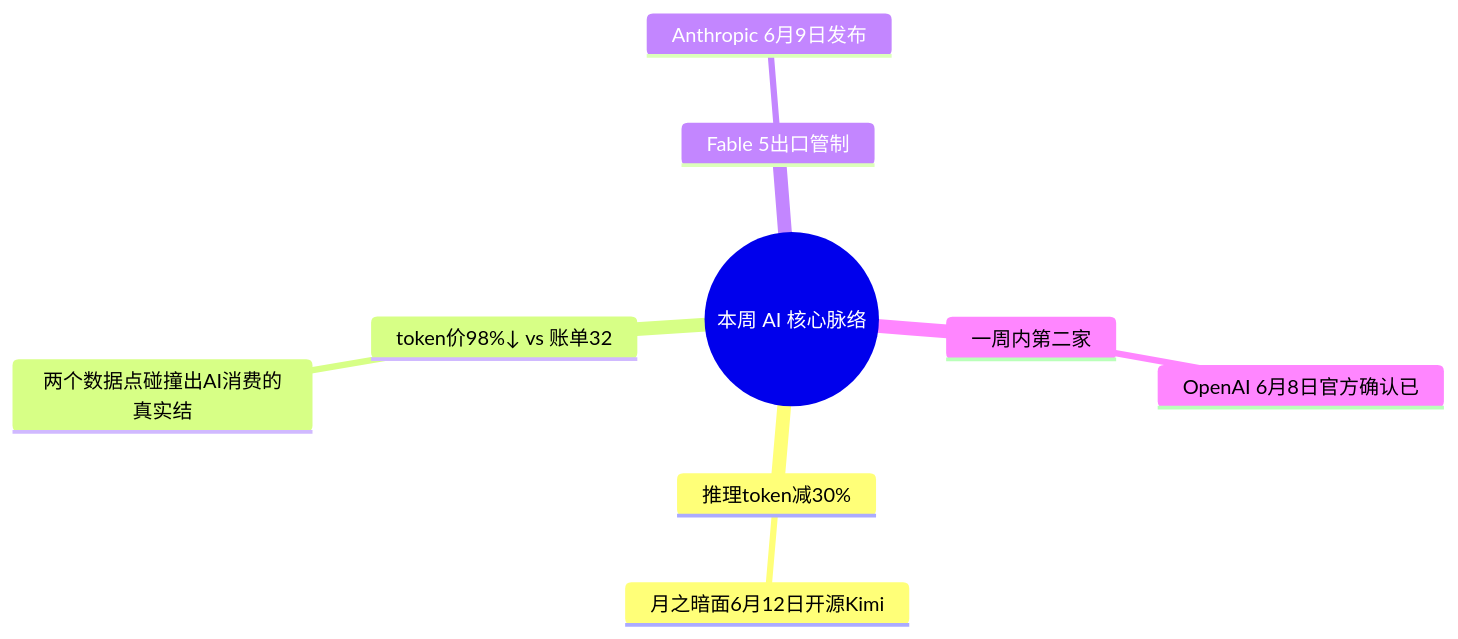
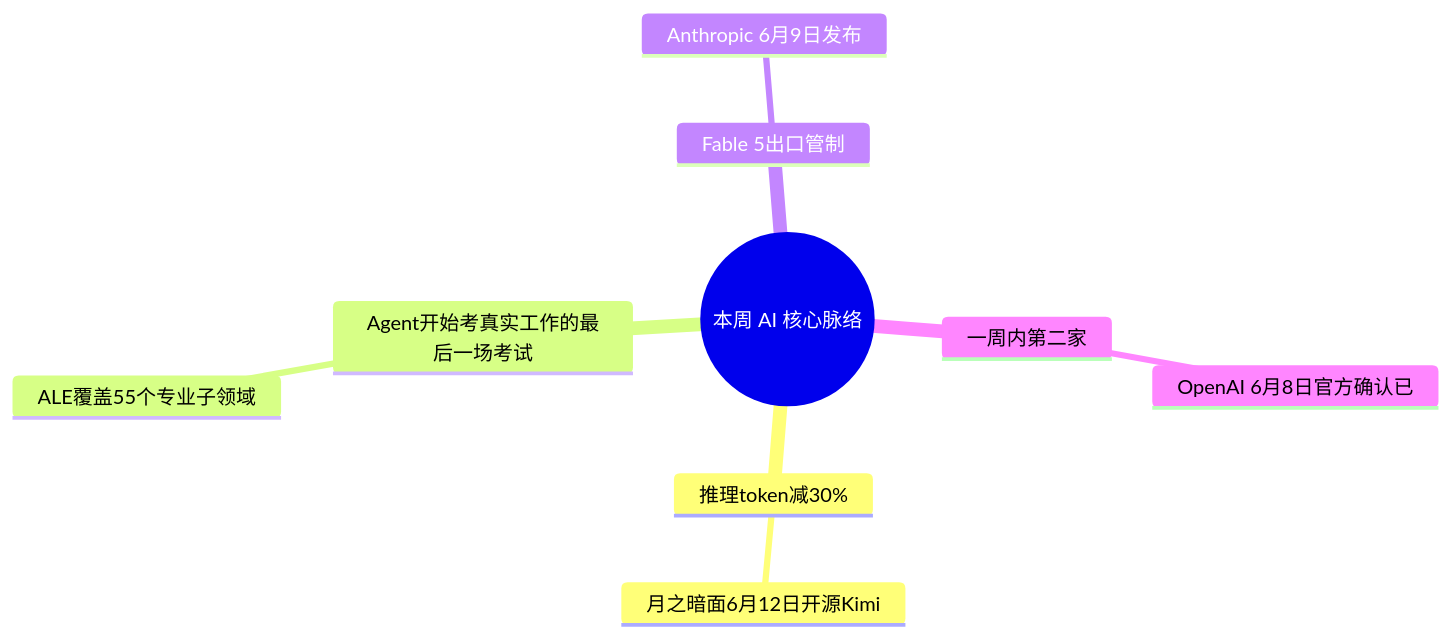
The diagram in src/content/articles/weekly/vol-25.md (suoweikeji-liqiang/asteroid-ai-observatory), drawn with Mermaid before and after one commit. The commit also changed other lines of this file and 3 other files, not shown here.

````diff
--- a/src/content/articles/weekly/vol-25.md
+++ b/src/content/articles/weekly/vol-25.md
@@ -20,21 +20,21 @@
 ```mermaid
 mindmap
   root((本周 AI 核心脉络))
 
     推理token减30%
 
       月之暗面6月12日开源Kimi
 
-    token价98%↓ vs 账单32
+    Agent开始考真实工作的最后一场考试
 
-      两个数据点碰撞出AI消费的真实结
+      ALE覆盖55个专业子领域
 
     Fable 5出口管制
 
       Anthropic 6月9日发布
 
     一周内第二家
 
       OpenAI 6月8日官方确认已
 
 ```
````
